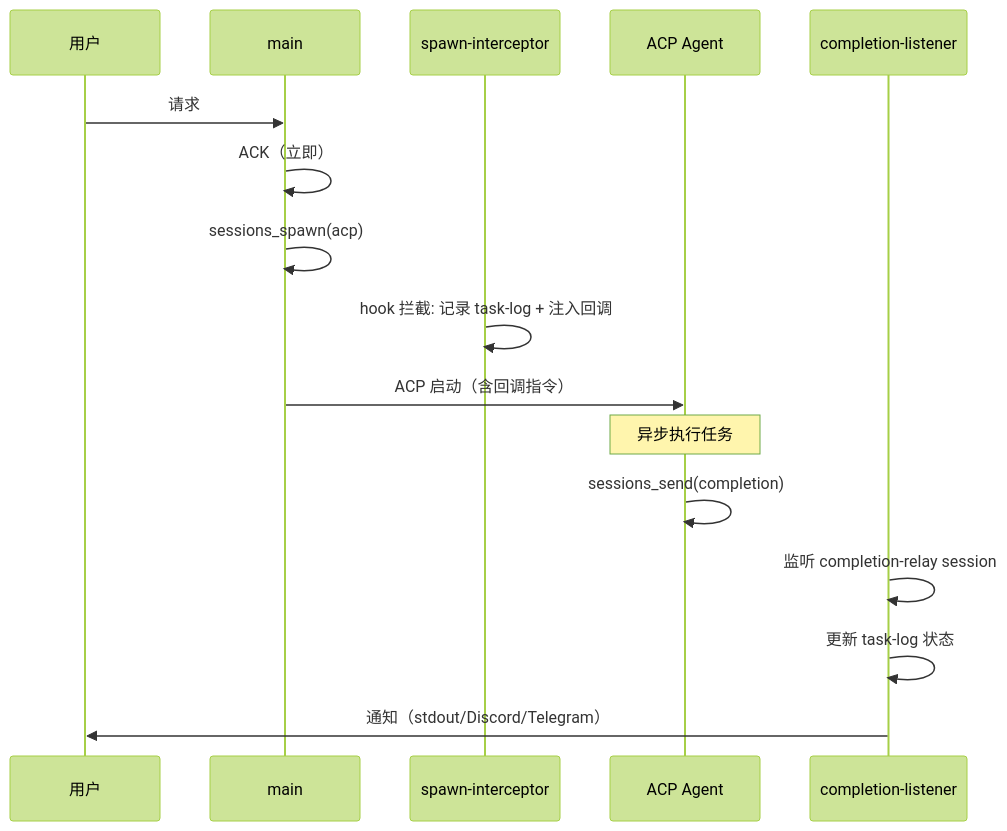
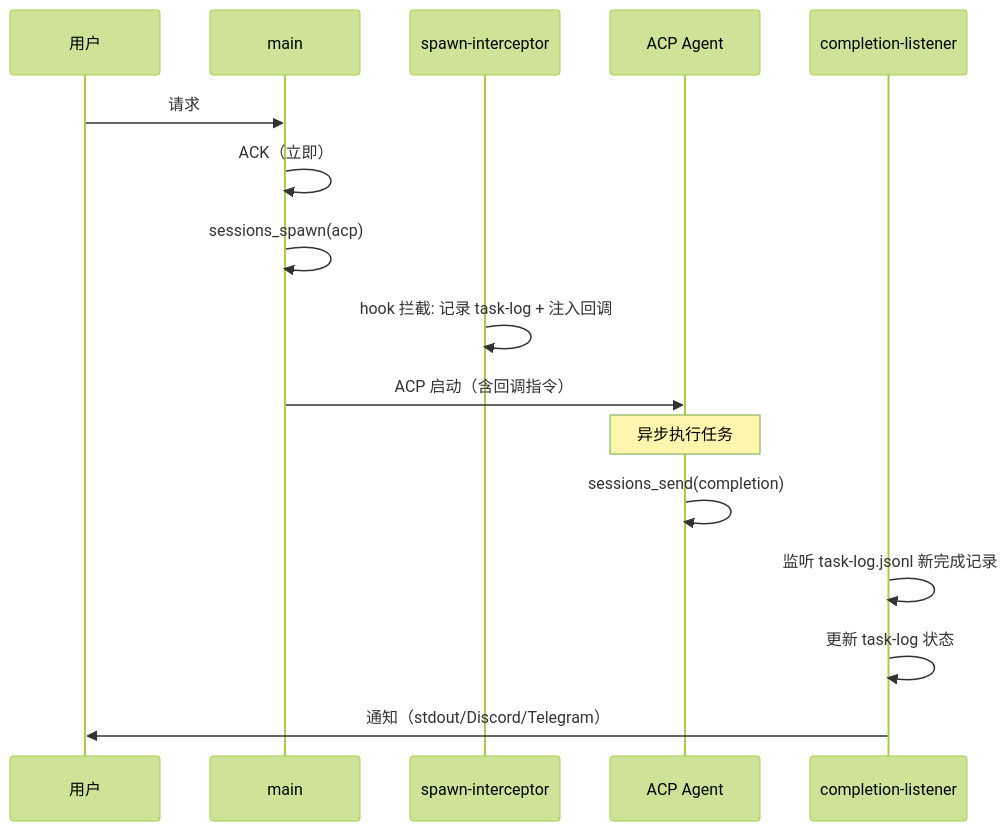
Before and after one commit to 2317891476/openclaw-multiagent-framework: the second of 5 diagrams in ARCHITECTURE.md, drawn with Mermaid (forest theme). The commit also changed 3 other files, not shown here.

````diff
--- a/ARCHITECTURE.md
+++ b/ARCHITECTURE.md
@@ -86,19 +86,19 @@
 ```mermaid
 sequenceDiagram
     participant U as 用户
     participant M as main
     participant P as spawn-interceptor
     participant ACP as ACP Agent
     participant L as completion-listener
     
     U->>M: 请求
     M->>M: ACK（立即）
     M->>M: sessions_spawn(acp)
     P->>P: hook 拦截: 记录 task-log + 注入回调
     M->>ACP: ACP 启动（含回调指令）
     note over ACP: 异步执行任务
     ACP->>ACP: sessions_send(completion)
-    L->>L: 监听 completion-relay session
+    L->>L: 监听 task-log.jsonl 新完成记录
     L->>L: 更新 task-log 状态
     L->>U: 通知（stdout/Discord/Telegram）
 ```
````
